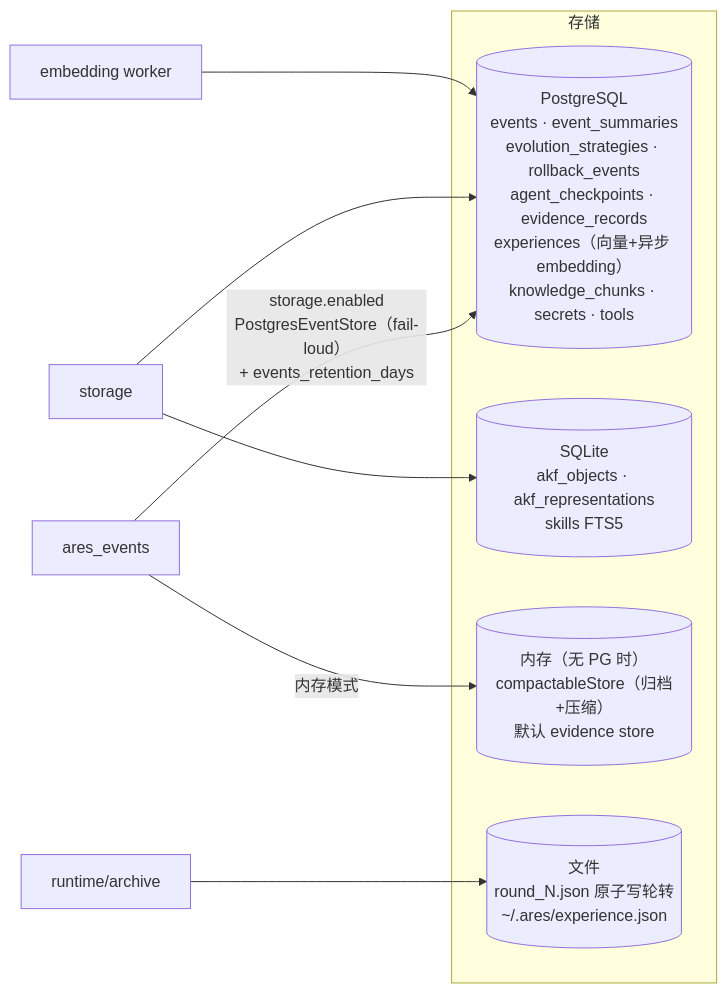
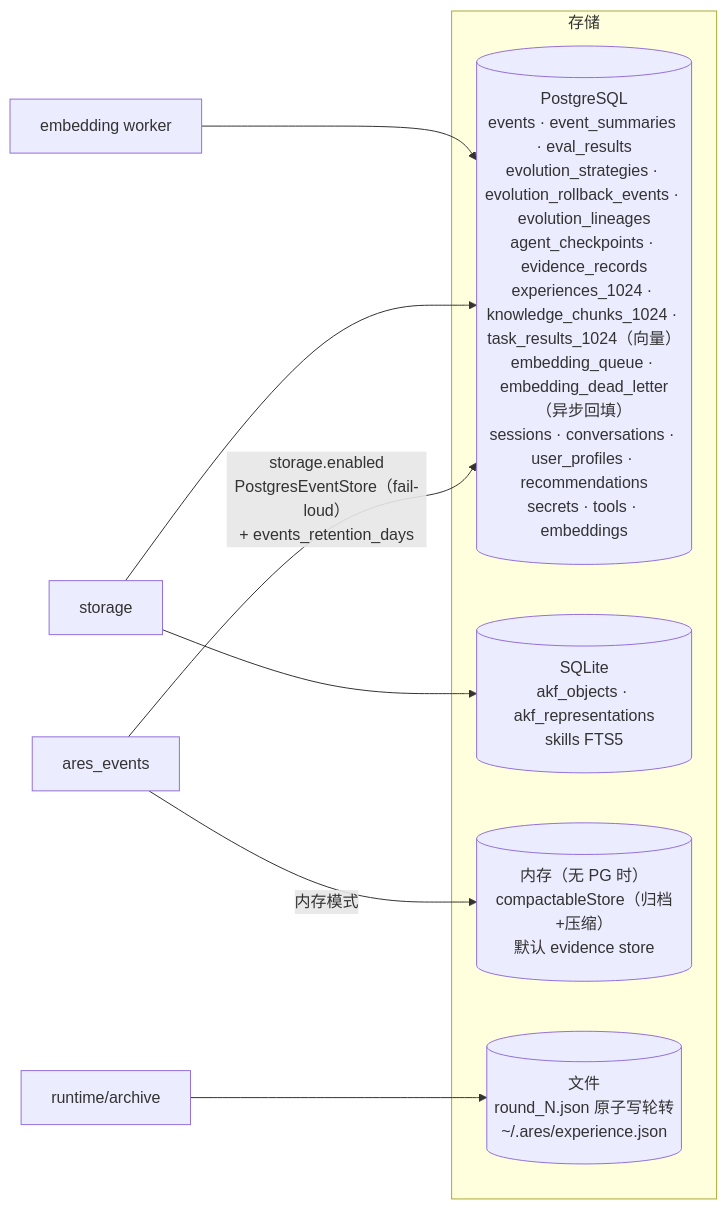
The tenth of 10 diagrams in ARCHITECTURE_DIAGRAM.md (Timwood0x10/ARES), drawn with Mermaid before and after one commit. The commit also changed other lines of this file and 28 other files, not shown here.

````diff
--- a/ARCHITECTURE_DIAGRAM.md
+++ b/ARCHITECTURE_DIAGRAM.md
@@ -304,15 +311,15 @@
 ```mermaid
 flowchart LR
     subgraph STORES["存储"]
-        PGS[("PostgreSQL<br/>events · event_summaries<br/>evolution_strategies · rollback_events<br/>agent_checkpoints · evidence_records<br/>experiences（向量+异步 embedding）<br/>knowledge_chunks · secrets · tools")]
+        PGS[("PostgreSQL<br/>events · event_summaries · eval_results<br/>evolution_strategies · evolution_rollback_events · evolution_lineages<br/>agent_checkpoints · evidence_records<br/>experiences_1024 · knowledge_chunks_1024 · task_results_1024（向量）<br/>embedding_queue · embedding_dead_letter（异步回填）<br/>sessions · conversations · user_profiles · recommendations<br/>secrets · tools · embeddings")]
         SQS[("SQLite<br/>akf_objects · akf_representations<br/>skills FTS5")]
         MEMS[("内存（无 PG 时）<br/>compactableStore（归档+压缩）<br/>默认 evidence store")]
         FSS[("文件<br/>round_N.json 原子写轮转<br/>~/.ares/experience.json")]
     end
     EVS["ares_events"] -->|"storage.enabled<br/>PostgresEventStore（fail-loud）<br/>+ events_retention_days"| PGS
     EVS -->|"内存模式"| MEMS
     STO["storage"] --> PGS
     STO --> SQS
     EMBW["embedding worker"] --> PGS
     ARCW["runtime/archive"] --> FSS
 ```
````
